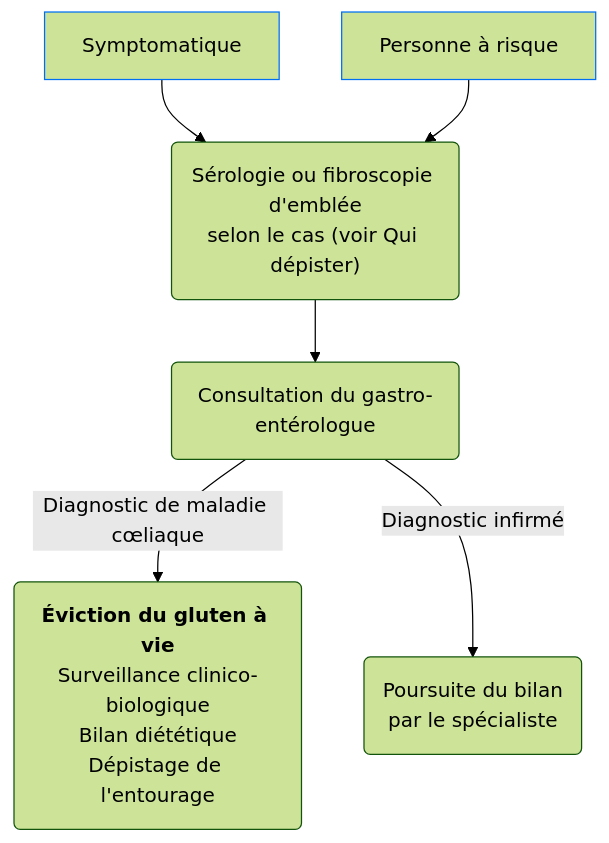
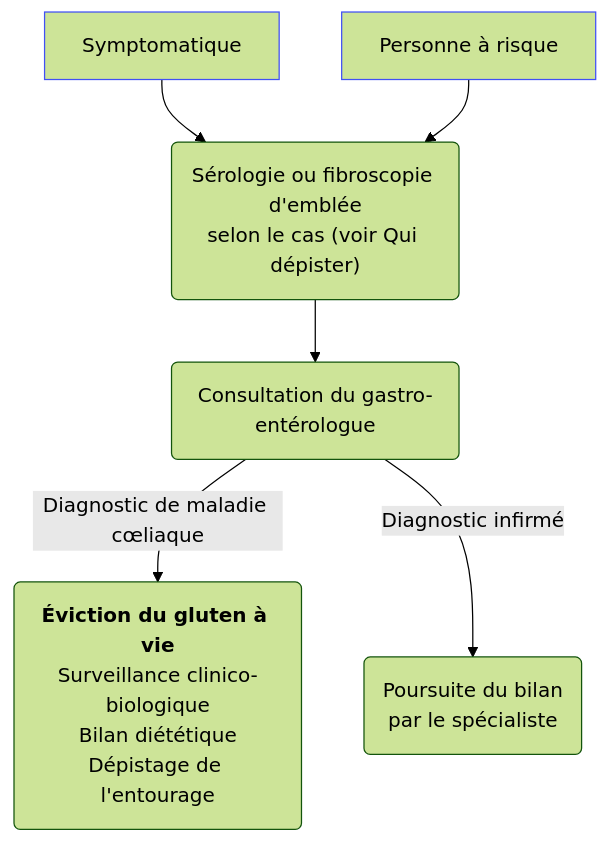
Before and after one commit to djibe/recommandations-medicales: the diagram in content/recommandations/maladie-coeliaque.md, drawn with Mermaid (forest theme). The commit also changed 58 other files, not shown here.

```diff
--- a/content/recommandations/maladie-coeliaque.md
+++ b/content/recommandations/maladie-coeliaque.md
@@ -272,10 +272,10 @@
 {{< mermaid title="Conduite à tenir en cas de suspicion de maladie cœliaque. Dr JB FRON d'après EssCD 2019" >}}
 graph TB
   symptomatique[Symptomatique] --> examen("Sérologie ou fibroscopie d'emblée<br>selon le cas (voir Qui dépister) ")
-  style symptomatique stroke:#006ef4, stroke-width:1px
+  style symptomatique stroke:#4150f5, stroke-width:1px
   personneARisque[Personne à risque] --> examen
-  style personneARisque stroke:#006ef4, stroke-width:1px
+  style personneARisque stroke:#4150f5, stroke-width:1px
     examen --> gastro(Consultation du gastro-entérologue)
       gastro --"Diagnostic de maladie cœliaque"--> traitement("<b>Éviction du gluten à vie</b><br>Surveillance clinico-biologique<br>Bilan diététique<br>Dépistage de l'entourage")
       gastro --"Diagnostic infirmé"--> explo("Poursuite du bilan<br>par le spécialiste")
 {{< /mermaid >}}
```
